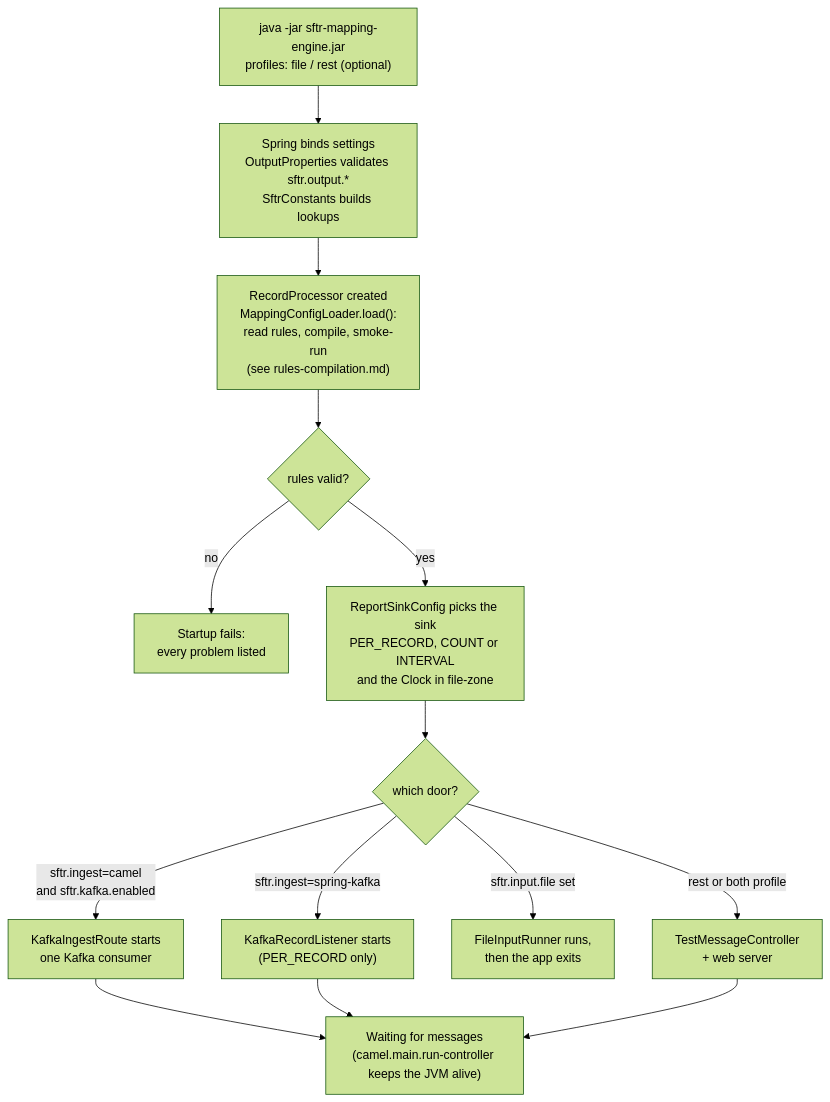
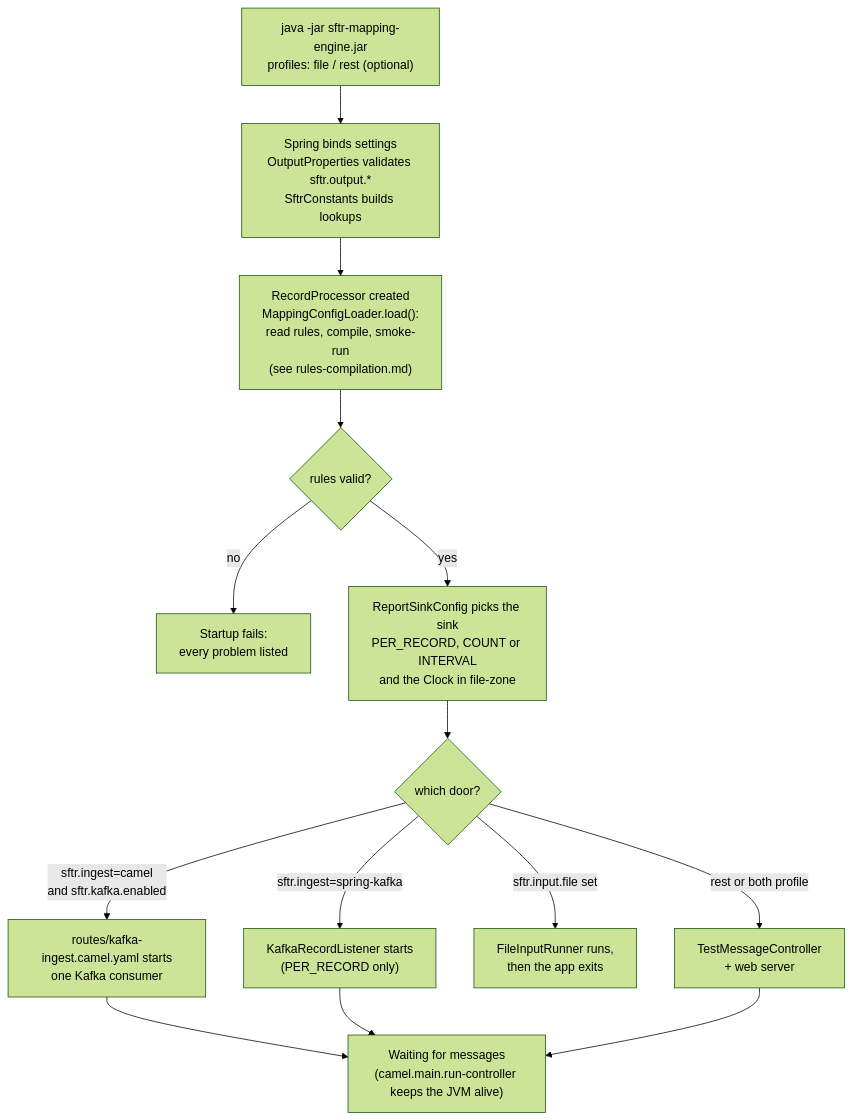
Before and after one commit to shanregs/msg-transformer: the first of 2 diagrams in docs/code-flow-and-classes.md, drawn with Mermaid (forest theme). The commit also changed other lines of this file and 8 other files, not shown here.

First line of the commit message:
Docs: message publisher, YAML Kafka route, mapper/ path

````diff
--- a/docs/code-flow-and-classes.md
+++ b/docs/code-flow-and-classes.md
@@ -18,16 +18,16 @@
 ```mermaid
 flowchart TD
     A["java -jar sftr-mapping-engine.jar<br/>profiles: file / rest (optional)"] --> B["Spring binds settings<br/>OutputProperties validates sftr.output.*<br/>SftrConstants builds lookups"]
     B --> C["RecordProcessor created<br/>MappingConfigLoader.load():<br/>read rules, compile, smoke-run<br/>(see rules-compilation.md)"]
     C --> D{"rules valid?"}
     D -->|no| X["Startup fails:<br/>every problem listed"]
     D -->|yes| E["ReportSinkConfig picks the sink<br/>PER_RECORD, COUNT or INTERVAL<br/>and the Clock in file-zone"]
     E --> F{"which door?"}
-    F -->|"sftr.ingest=camel<br/>and sftr.kafka.enabled"| G["KafkaIngestRoute starts<br/>one Kafka consumer"]
+    F -->|"sftr.ingest=camel<br/>and sftr.kafka.enabled"| G["routes/kafka-ingest.camel.yaml starts<br/>one Kafka consumer"]
     F -->|"sftr.ingest=spring-kafka"| H["KafkaRecordListener starts<br/>(PER_RECORD only)"]
     F -->|"sftr.input.file set"| I["FileInputRunner runs,<br/>then the app exits"]
     F -->|"rest or both profile"| J["TestMessageController<br/>+ web server"]
     G --> K["Waiting for messages<br/>(camel.main.run-controller keeps the JVM alive)"]
     H --> K
     J --> K
 ```
````
